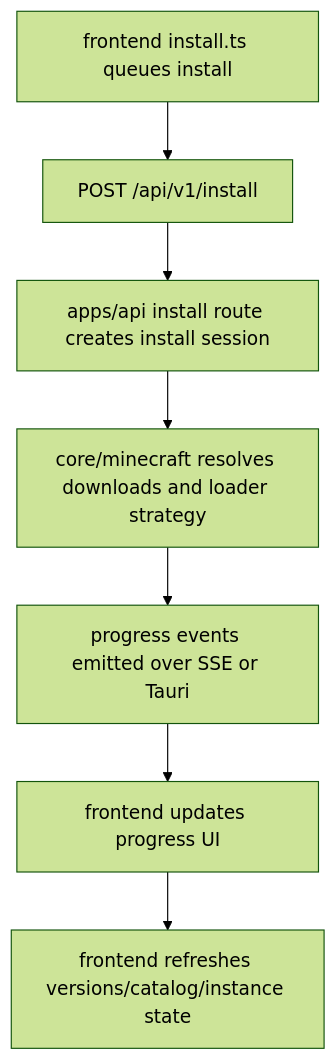
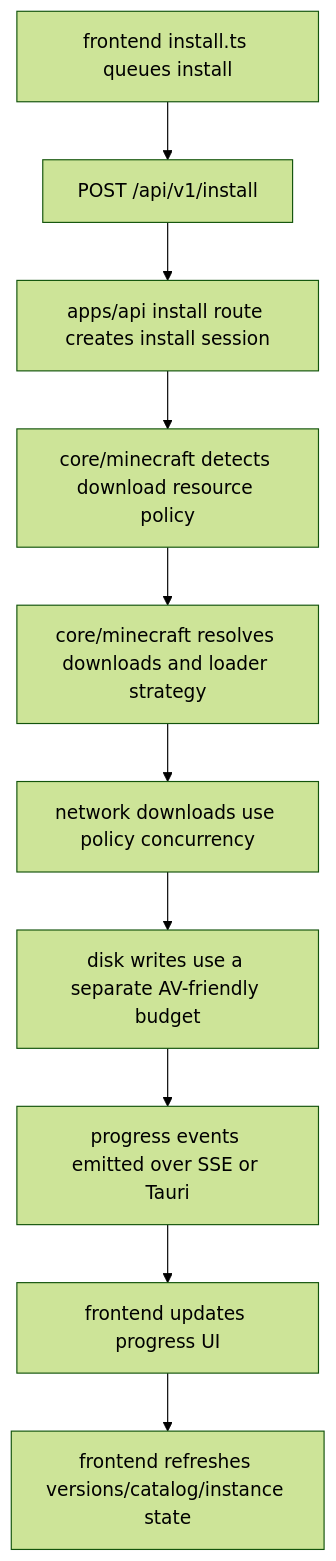
The seventh of 9 diagrams in docs/ARCHITECTURE.md (mateoltd/croopor), drawn with Mermaid (forest theme) before and after one commit. The commit also changed other lines of this file and 6 other files, not shown here.

Commit message:
perf(downloads): add adaptive resource policy

````diff
--- a/docs/ARCHITECTURE.md
+++ b/docs/ARCHITECTURE.md
@@ -156,9 +156,12 @@
 ```mermaid
 flowchart TD
     A[frontend install.ts queues install] --> B[POST /api/v1/install]
     B --> C[apps/api install route creates install session]
-    C --> D[core/minecraft resolves downloads and loader strategy]
-    D --> E[progress events emitted over SSE or Tauri]
-    E --> F[frontend updates progress UI]
-    F --> G[frontend refreshes versions/catalog/instance state]
+    C --> D[core/minecraft detects download resource policy]
+    D --> E[core/minecraft resolves downloads and loader strategy]
+    E --> F[network downloads use policy concurrency]
+    F --> G[disk writes use a separate AV-friendly budget]
+    G --> H[progress events emitted over SSE or Tauri]
+    H --> I[frontend updates progress UI]
+    I --> J[frontend refreshes versions/catalog/instance state]
 ```
````
